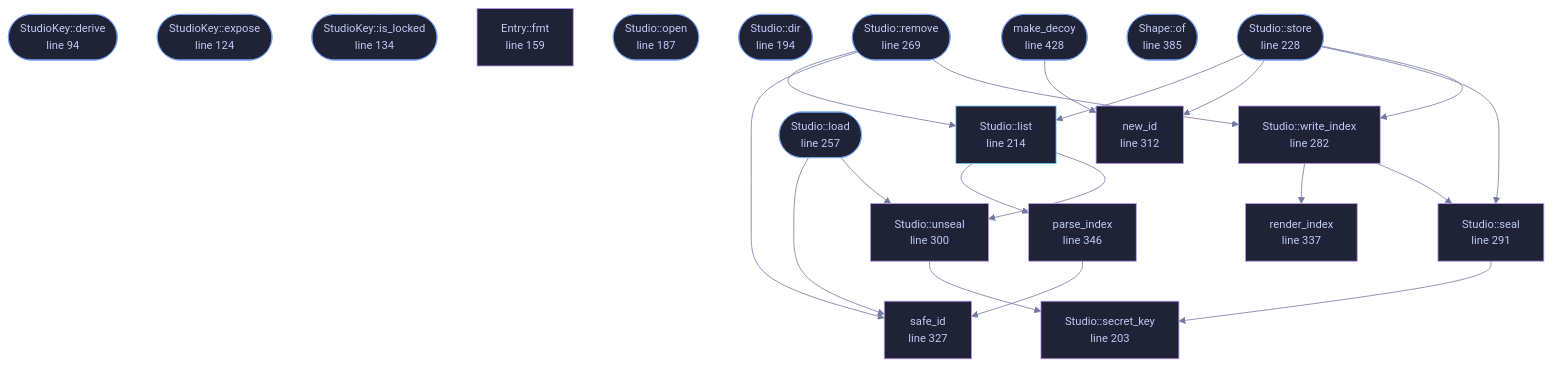
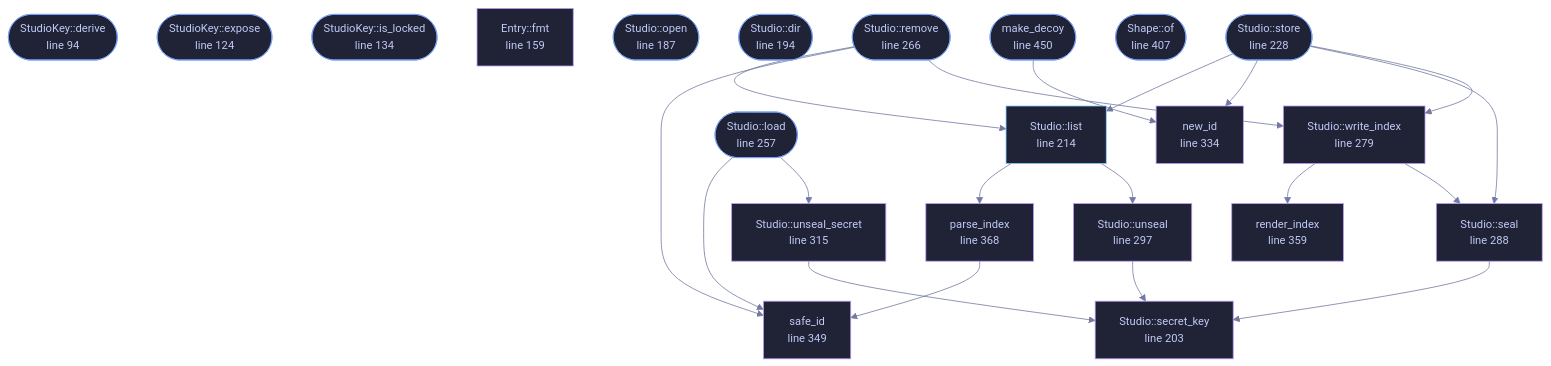
One commit to tilas01/veilvoice changed the diagram in wiki/File-veilvoice-crypto-studio.md. Above: the diagram before and after it, drawn with Mermaid. The commit also changed other lines of this file and 29 other files, not shown here.

````diff
--- a/wiki/File-veilvoice-crypto-studio.md
+++ b/wiki/File-veilvoice-crypto-studio.md
@@ -115,67 +115,70 @@
 ```mermaid
 %%{init: {"theme":"base","themeVariables":{"background":"#1a1b26","primaryColor":"#1f2335","primaryTextColor":"#c0caf5","primaryBorderColor":"#7aa2f7","secondaryColor":"#16161e","tertiaryColor":"#16161e","lineColor":"#737aa2","textColor":"#c0caf5","mainBkg":"#1f2335","nodeBorder":"#7aa2f7","clusterBkg":"#16161e","clusterBorder":"#2f3549","fontFamily":"ui-monospace, SFMono-Regular, Consolas, monospace","fontSize":"14px"}}}%%
 flowchart TD
     n_derive(["StudioKey::derive<br/>line 94"])
     n_expose(["StudioKey::expose<br/>line 124"])
     n_is_locked(["StudioKey::is_locked<br/>line 134"])
     n_fmt["Entry::fmt<br/>line 159"]
     n_open(["Studio::open<br/>line 187"])
     n_dir(["Studio::dir<br/>line 194"])
     n_secret_key["Studio::secret_key<br/>line 203"]
     n_list["Studio::list<br/>line 214"]
     n_store(["Studio::store<br/>line 228"])
     n_load(["Studio::load<br/>line 257"])
-    n_remove(["Studio::remove<br/>line 269"])
-    n_write_index["Studio::write_index<br/>line 282"]
-    n_seal["Studio::seal<br/>line 291"]
-    n_unseal["Studio::unseal<br/>line 300"]
-    n_new_id["new_id<br/>line 312"]
-    n_safe_id["safe_id<br/>line 327"]
-    n_render_index["render_index<br/>line 337"]
-    n_parse_index["parse_index<br/>line 346"]
-    n_of(["Shape::of<br/>line 385"])
-    n_make_decoy(["make_decoy<br/>line 428"])
+    n_remove(["Studio::remove<br/>line 266"])
+    n_write_index["Studio::write_index<br/>line 279"]
+    n_seal["Studio::seal<br/>line 288"]
+    n_unseal["Studio::unseal<br/>line 297"]
+    n_unseal_secret["Studio::unseal_secret<br/>line 315"]
+    n_new_id["new_id<br/>line 334"]
+    n_safe_id["safe_id<br/>line 349"]
+    n_render_index["render_index<br/>line 359"]
+    n_parse_index["parse_index<br/>line 368"]
+    n_of(["Shape::of<br/>line 407"])
+    n_make_decoy(["make_decoy<br/>line 450"])
     n_list --> n_parse_index
     n_list --> n_unseal
     n_load --> n_safe_id
-    n_load --> n_unseal
+    n_load --> n_unseal_secret
     n_make_decoy --> n_new_id
     n_parse_index --> n_safe_id
     n_remove --> n_list
     n_remove --> n_safe_id
     n_remove --> n_write_index
     n_seal --> n_secret_key
     n_store --> n_list
     n_store --> n_new_id
     n_store --> n_seal
     n_store --> n_write_index
     n_unseal --> n_secret_key
+    n_unseal_secret --> n_secret_key
     n_write_index --> n_render_index
     n_write_index --> n_seal
     click n_derive href "https://github.com/tilas01/veilvoice/blob/main/crates/veilvoice-crypto/src/studio.rs#L94" "open the source"
     click n_expose href "https://github.com/tilas01/veilvoice/blob/main/crates/veilvoice-crypto/src/studio.rs#L124" "open the source"
     click n_is_locked href "https://github.com/tilas01/veilvoice/blob/main/crates/veilvoice-crypto/src/studio.rs#L134" "open the source"
     click n_fmt href "https://github.com/tilas01/veilvoice/blob/main/crates/veilvoice-crypto/src/studio.rs#L159" "open the source"
     click n_open href "https://github.com/tilas01/veilvoice/blob/main/crates/veilvoice-crypto/src/studio.rs#L187" "open the source"
     click n_dir href "https://github.com/tilas01/veilvoice/blob/main/crates/veilvoice-crypto/src/studio.rs#L194" "open the source"
     click n_secret_key href "https://github.com/tilas01/veilvoice/blob/main/crates/veilvoice-crypto/src/studio.rs#L203" "open the source"
     click n_list href "https://github.com/tilas01/veilvoice/blob/main/crates/veilvoice-crypto/src/studio.rs#L214" "open the source"
     click n_store href "https://github.com/tilas01/veilvoice/blob/main/crates/veilvoice-crypto/src/studio.rs#L228" "open the source"
     click n_load href "https://github.com/tilas01/veilvoice/blob/main/crates/veilvoice-crypto/src/studio.rs#L257" "open the source"
-    click n_remove href "https://github.com/tilas01/veilvoice/blob/main/crates/veilvoice-crypto/src/studio.rs#L269" "open the source"
-    click n_write_index href "https://github.com/tilas01/veilvoice/blob/main/crates/veilvoice-crypto/src/studio.rs#L282" "open the source"
-    click n_seal href "https://github.com/tilas01/veilvoice/blob/main/crates/veilvoice-crypto/src/studio.rs#L291" "open the source"
-    click n_unseal href "https://github.com/tilas01/veilvoice/blob/main/crates/veilvoice-crypto/src/studio.rs#L300" "open the source"
-    click n_new_id href "https://github.com/tilas01/veilvoice/blob/main/crates/veilvoice-crypto/src/studio.rs#L312" "open the source"
-    click n_safe_id href "https://github.com/tilas01/veilvoice/blob/main/crates/veilvoice-crypto/src/studio.rs#L327" "open the source"
-    click n_render_index href "https://github.com/tilas01/veilvoice/blob/main/crates/veilvoice-crypto/src/studio.rs#L337" "open the source"
-    click n_parse_index href "https://github.com/tilas01/veilvoice/blob/main/crates/veilvoice-crypto/src/studio.rs#L346" "open the source"
-    click n_of href "https://github.com/tilas01/veilvoice/blob/main/crates/veilvoice-crypto/src/studio.rs#L385" "open the source"
-    click n_make_decoy href "https://github.com/tilas01/veilvoice/blob/main/crates/veilvoice-crypto/src/studio.rs#L428" "open the source"
+    click n_remove href "https://github.com/tilas01/veilvoice/blob/main/crates/veilvoice-crypto/src/studio.rs#L266" "open the source"
+    click n_write_index href "https://github.com/tilas01/veilvoice/blob/main/crates/veilvoice-crypto/src/studio.rs#L279" "open the source"
+    click n_seal href "https://github.com/tilas01/veilvoice/blob/main/crates/veilvoice-crypto/src/studio.rs#L288" "open the source"
+    click n_unseal href "https://github.com/tilas01/veilvoice/blob/main/crates/veilvoice-crypto/src/studio.rs#L297" "open the source"
+    click n_unseal_secret href "https://github.com/tilas01/veilvoice/blob/main/crates/veilvoice-crypto/src/studio.rs#L315" "open the source"
+    click n_new_id href "https://github.com/tilas01/veilvoice/blob/main/crates/veilvoice-crypto/src/studio.rs#L334" "open the source"
+    click n_safe_id href "https://github.com/tilas01/veilvoice/blob/main/crates/veilvoice-crypto/src/studio.rs#L349" "open the source"
+    click n_render_index href "https://github.com/tilas01/veilvoice/blob/main/crates/veilvoice-crypto/src/studio.rs#L359" "open the source"
+    click n_parse_index href "https://github.com/tilas01/veilvoice/blob/main/crates/veilvoice-crypto/src/studio.rs#L368" "open the source"
+    click n_of href "https://github.com/tilas01/veilvoice/blob/main/crates/veilvoice-crypto/src/studio.rs#L407" "open the source"
+    click n_make_decoy href "https://github.com/tilas01/veilvoice/blob/main/crates/veilvoice-crypto/src/studio.rs#L450" "open the source"
     classDef entry fill:#1f2335,stroke:#7aa2f7,color:#c0caf5
     class n_derive,n_expose,n_is_locked,n_open,n_dir,n_store,n_load,n_remove,n_of,n_make_decoy entry
     classDef api fill:#1f2335,stroke:#7dcfff,color:#c0caf5
     class n_list api
     classDef helper fill:#1f2335,stroke:#bb9af7,color:#c0caf5
-    class n_fmt,n_secret_key,n_write_index,n_seal,n_unseal,n_new_id,n_safe_id,n_render_index,n_parse_index helper
+    class n_fmt,n_secret_key,n_write_index,n_seal,n_unseal,n_unseal_secret,n_new_id,n_safe_id,n_render_index,n_parse_index helper
 ```
````
